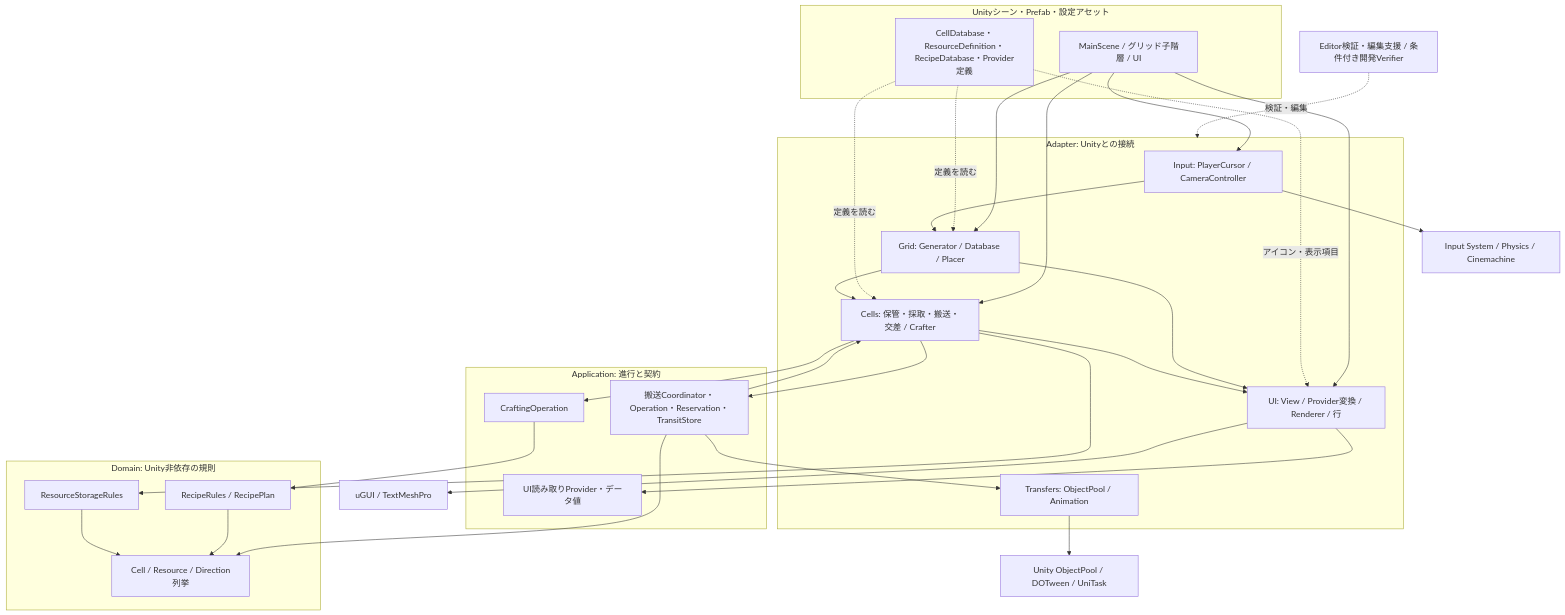
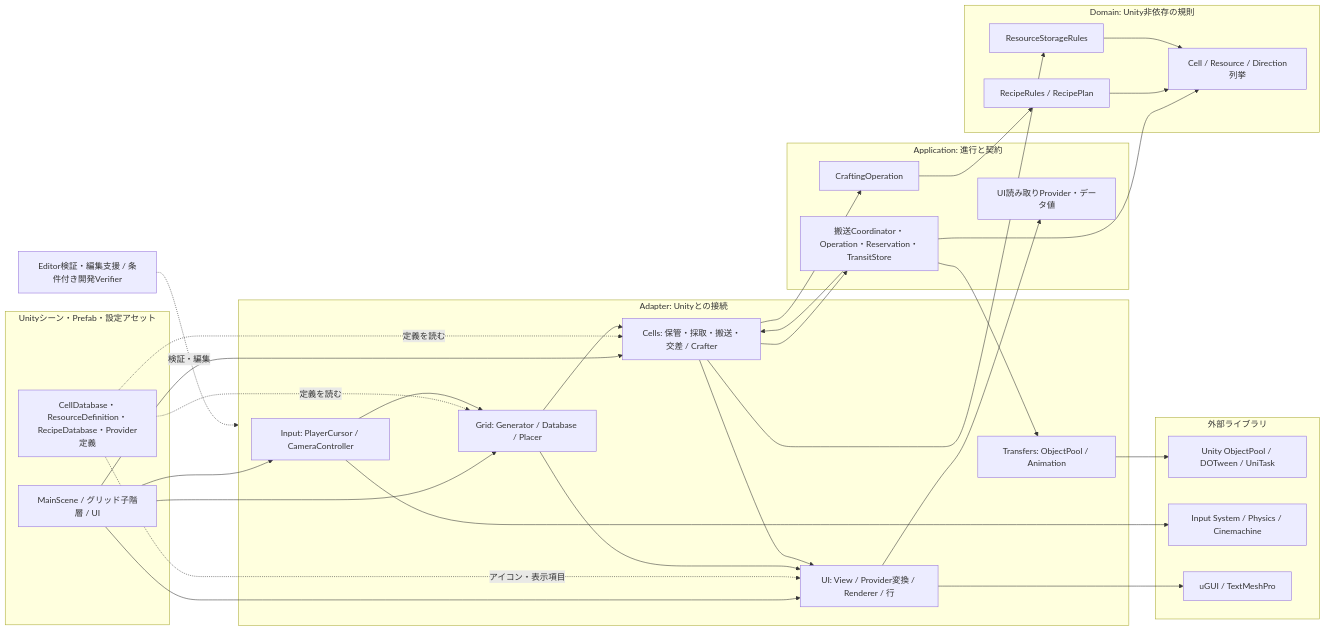
Before and after one commit to AoiTomiyama/FactoryGame: the first of 2 diagrams in docs/design/current-architecture.md, drawn with Mermaid. The commit also changed 3 other files, not shown here.

Commit message:
[docs] 全体構成図とセル図を役割別配色と囲みに移行

````diff
--- a/docs/design/current-architecture.md
+++ b/docs/design/current-architecture.md
@@ -20,49 +20,54 @@
 ```mermaid
-flowchart TB
+flowchart LR
  subgraph Scene["Unityシーン・Prefab・設定アセット"]
   Main["MainScene / グリッド子階層 / UI"]
   SO["CellDatabase・ResourceDefinition・RecipeDatabase・Provider定義"]
  end
  subgraph Adapter["Adapter: Unityとの接続"]
   Input["Input: PlayerCursor / CameraController"]
   Grid["Grid: Generator / Database / Placer"]
   Cells["Cells: 保管・採取・搬送・交差 / Crafter"]
   Presentation["Transfers: ObjectPool / Animation"]
   UI["UI: View / Provider変換 / Renderer / 行"]
  end
  subgraph Application["Application: 進行と契約"]
   Transfer["搬送Coordinator・Operation・Reservation・TransitStore"]
   Craft["CraftingOperation"]
   Read["UI読み取りProvider・データ値"]
  end
  subgraph Domain["Domain: Unity非依存の規則"]
   Storage["ResourceStorageRules"]
   Recipe["RecipeRules / RecipePlan"]
   Enum["Cell / Resource / Direction列挙"]
  end
  Main --> Input
  Main --> Grid
  Main --> Cells
  Main --> UI
  SO -. "定義を読む" .-> Grid
  SO -. "定義を読む" .-> Cells
  SO -. "アイコン・表示項目" .-> UI
  Input --> Grid
  Grid --> Cells
  Grid --> UI
  Cells --> Transfer
  Cells --> Craft
  Cells --> Storage
  Cells --> UI
  UI --> Read
  Transfer --> Presentation
  Transfer --> Cells
  Transfer --> Enum
  Craft --> Recipe
  Recipe --> Enum
  Storage --> Enum
- Presentation --> External["Unity ObjectPool / DOTween / UniTask"]
- Input --> InputLib["Input System / Physics / Cinemachine"]
- UI --> UILib["uGUI / TextMeshPro"]
+ Presentation --> External
+ Input --> InputLib
+ UI --> UILib
  Editor["Editor検証・編集支援 / 条件付き開発Verifier"] -. "検証・編集" .-> Adapter
+ subgraph Libraries["外部ライブラリ"]
+ External["Unity ObjectPool / DOTween / UniTask"]
+ InputLib["Input System / Physics / Cinemachine"]
+ UILib["uGUI / TextMeshPro"]
+ end
 ```
````
